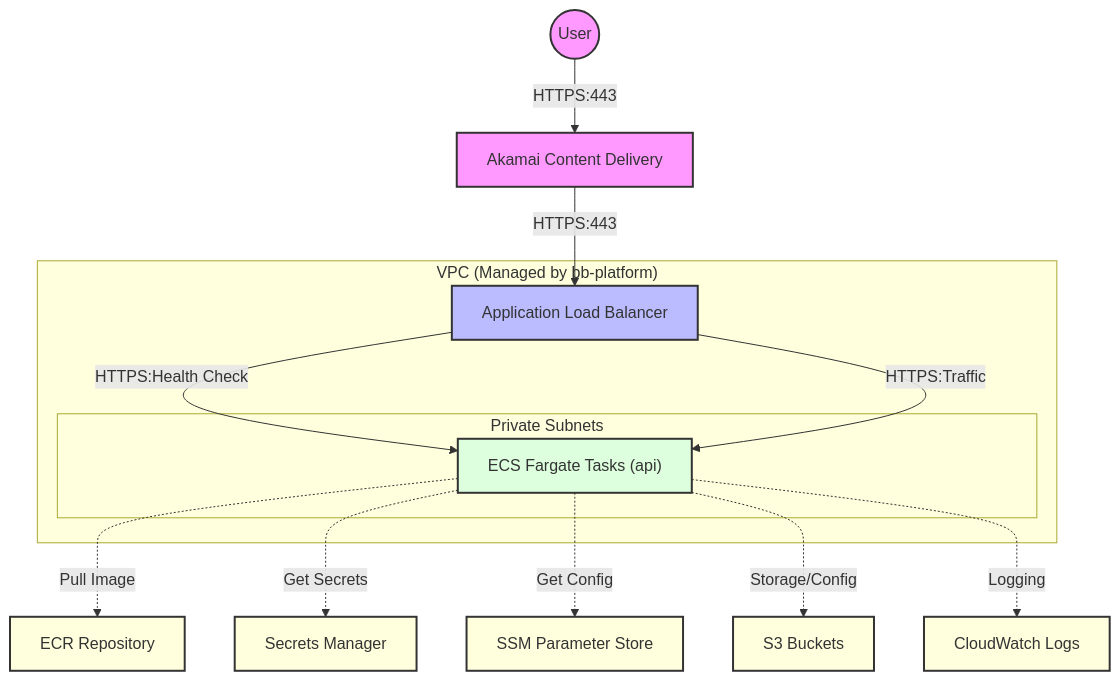
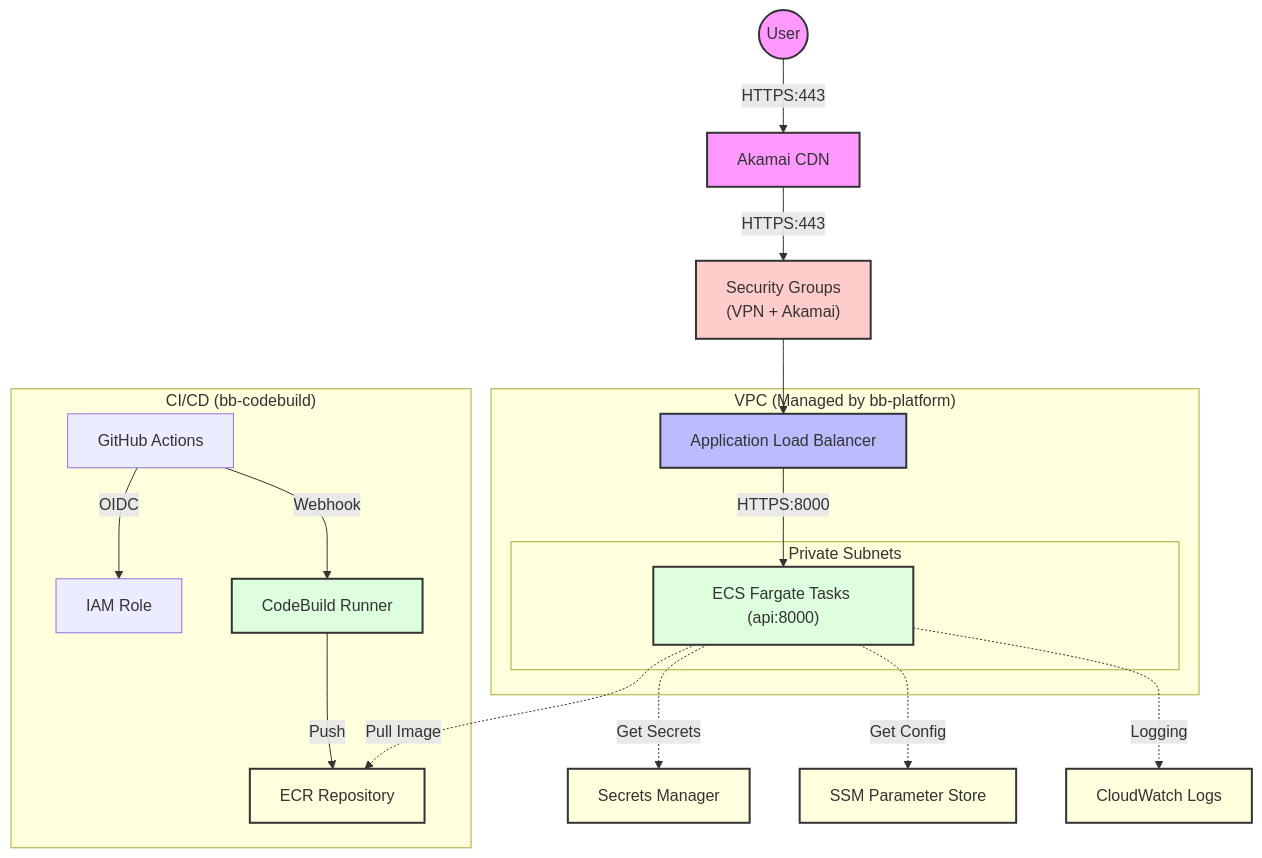
Before and after one commit to CMSgov/bluebutton-web-server: the diagram in ops/terraform/docs/ARCHITECTURE.md, drawn with Mermaid. The commit also changed other lines of this file and 19 other files, not shown here.

````diff
--- a/ops/terraform/docs/ARCHITECTURE.md
+++ b/ops/terraform/docs/ARCHITECTURE.md
@@ -8,32 +21,39 @@
 ```mermaid
 graph TD
     classDef external fill:#f9f,stroke:#333,stroke-width:2px;
     classDef network fill:#bbf,stroke:#333,stroke-width:2px;
     classDef compute fill:#dfd,stroke:#333,stroke-width:2px;
     classDef storage fill:#ffd,stroke:#333,stroke-width:2px;
+    classDef security fill:#fcc,stroke:#333,stroke-width:2px;
 
-    User((User)) -->|HTTPS:443| Akamai["Akamai Content Delivery"]
-    Akamai -->|HTTPS:443| ALB["Application Load Balancer"]
+    User((User)) -->|HTTPS:443| Akamai["Akamai CDN"]
+    Akamai -->|HTTPS:443| SG_ALB["Security Groups<br/>(VPN + Akamai)"]
+    SG_ALB --> ALB["Application Load Balancer"]
 
     subgraph "VPC (Managed by bb-platform)"
         ALB
         subgraph "Private Subnets"
-            API["ECS Fargate Tasks (api)"]
+            API["ECS Fargate Tasks (api:8000)"]
         end
     end
 
-    ALB -->|HTTPS:Health Check| API
-    ALB -->|HTTPS:Traffic| API
+    ALB -->|HTTPS:8000| API
 
     API -.->|Pull Image| ECR["ECR Repository"]
     API -.->|Get Secrets| SM["Secrets Manager"]
     API -.->|Get Config| SSM["SSM Parameter Store"]
-    API -.->|Storage/Config| S3["S3 Buckets"]
     API -.->|Logging| CWL["CloudWatch Logs"]
+
+    subgraph "CI/CD (bb-codebuild)"
+        GHA["GitHub Actions"] -->|OIDC| IAM["IAM Role"]
+        GHA -->|Webhook| CB["CodeBuild Runner"]
+        CB -->|Push| ECR
+    end
 
     class Akamai external;
     class User external;
     class ALB network;
-    class API compute;
-    class ECR,SM,SSM,S3,CWL storage;
+    class API,CB compute;
+    class ECR,SM,SSM,CWL storage;
+    class SG_ALB security;
 ```
````
